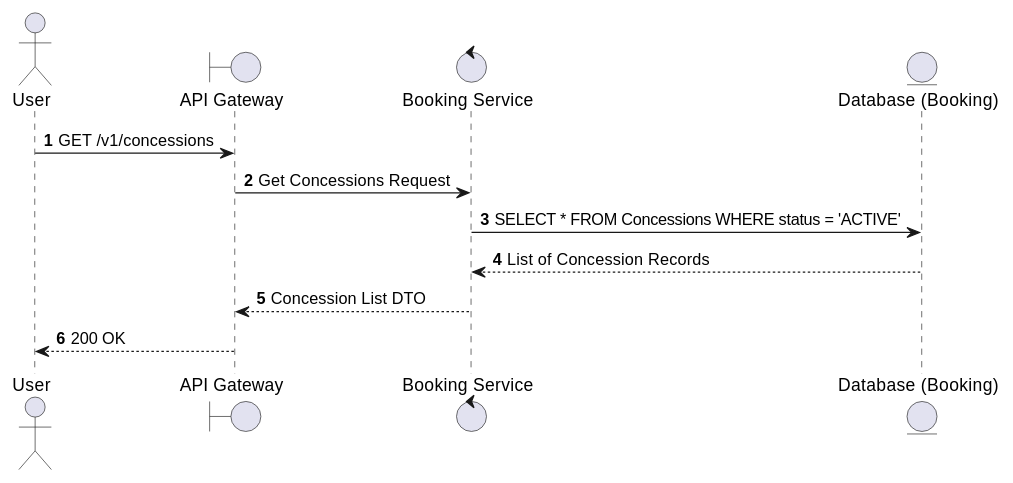
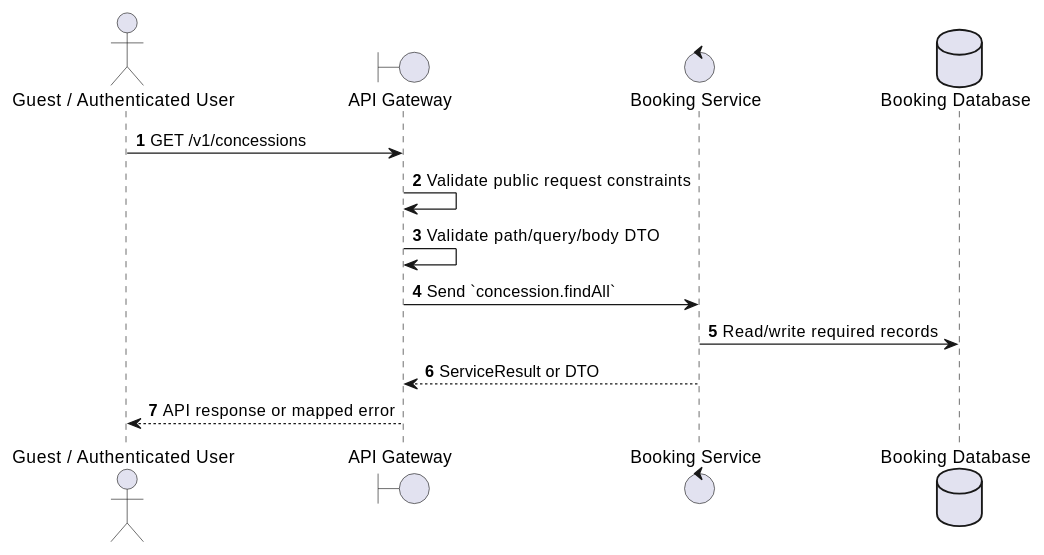
One commit to Tanh1603/movie-hub-architecture changed the first of 2 diagrams in docs/functional_specs/3.9_Concessions_FB_Module/CS-01_List_Concessions.md. Above: the diagram before and after it, drawn with PlantUML. The commit also changed other lines of this file and 126 other files, not shown here.

````diff
--- a/docs/functional_specs/3.9_Concessions_FB_Module/CS-01_List_Concessions.md
+++ b/docs/functional_specs/3.9_Concessions_FB_Module/CS-01_List_Concessions.md
@@ -17,16 +17,17 @@
 ```plantuml
 @startuml
 autonumber
-actor User
+actor "Guest / Authenticated User" as Actor
 boundary "API Gateway" as GW
-control "Booking Service" as BS
-entity "Database (Booking)" as DB
+control "Booking Service" as SVC
+database "Booking Database" as DB
 
-User -> GW: GET /v1/concessions
-GW -> BS: Get Concessions Request
-BS -> DB: SELECT * FROM Concessions WHERE status = 'ACTIVE'
-DB --> BS: List of Concession Records
-BS --> GW: Concession List DTO
-GW --> User: 200 OK
+Actor -> GW: GET /v1/concessions
+GW -> GW: Validate public request constraints
+GW -> GW: Validate path/query/body DTO
+GW -> SVC: Send `concession.findAll`
+SVC -> DB: Read/write required records
+SVC --> GW: ServiceResult or DTO
+GW --> Actor: API response or mapped error
 @enduml
 ```
````
